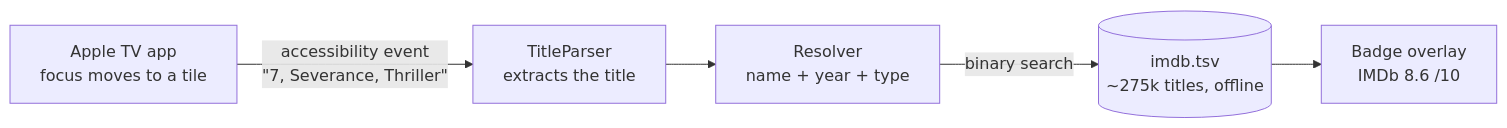
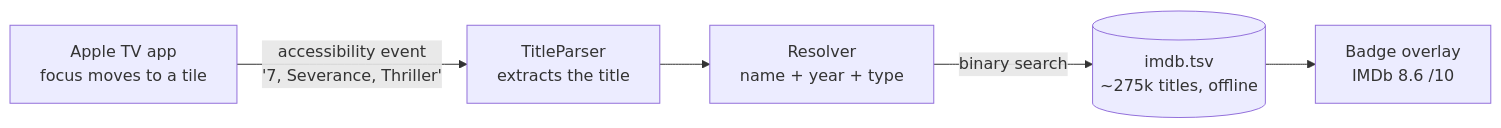
Before and after one commit to mirtera157/IMDB-TV: the diagram in README.md, drawn with Mermaid. The commit also changed other lines of this file and 1 other file, not shown here.

Commit message:
README: fix the mermaid diagram, emoji and duplicated app names

````diff
--- a/README.md
+++ b/README.md
@@ -119,7 +119,7 @@
 ```mermaid
 flowchart LR
-    A[Apple TV app<br>focus moves to a tile] -->|accessibility event<br>&quot;7, Severance, Thriller&quot;| B[TitleParser<br>extracts the title]
+    A[Apple TV app<br>focus moves to a tile] -->|"accessibility event<br>'7, Severance, Thriller'"| B[TitleParser<br>extracts the title]
     B --> C[Resolver<br>name + year + type]
     C -->|binary search| D[(imdb.tsv<br>~275k titles, offline)]
     D --> E[Badge overlay<br>IMDb 8.6 /10]
 ```
````
